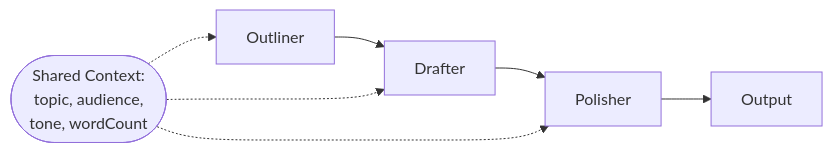
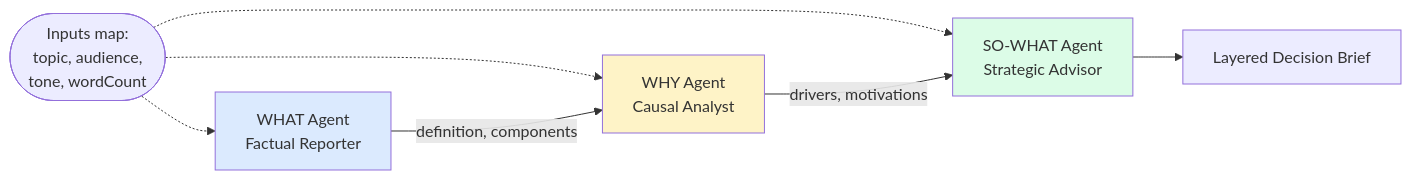
One commit to intelliswarm-ai/swarm-ai-examples changed the diagram in shared-context-between-agents/README.md. Above: the diagram before and after it, drawn with Mermaid. The commit also changed other lines of this file and 55 other files, not shown here.

````diff
--- a/shared-context-between-agents/README.md
+++ b/shared-context-between-agents/README.md
@@ -7,7 +9,13 @@
 ```mermaid
 graph LR
-    A[Outliner] --> B[Drafter] --> C[Polisher] --> D[Output]
-    E([Shared Context:<br/>topic, audience,<br/>tone, wordCount]) -.-> A
-    E -.-> B
-    E -.-> C
+    Inputs([Inputs map:<br/>topic, audience,<br/>tone, wordCount]) -.-> W
+    Inputs -.-> Y
+    Inputs -.-> S
+    W[WHAT Agent<br/>Factual Reporter] -->|definition, components| Y
+    Y[WHY Agent<br/>Causal Analyst] -->|drivers, motivations| S
+    S[SO-WHAT Agent<br/>Strategic Advisor] --> Brief[Layered Decision Brief]
+
+    style W fill:#dbeafe
+    style Y fill:#fef3c7
+    style S fill:#dcfce7
 ```
````
